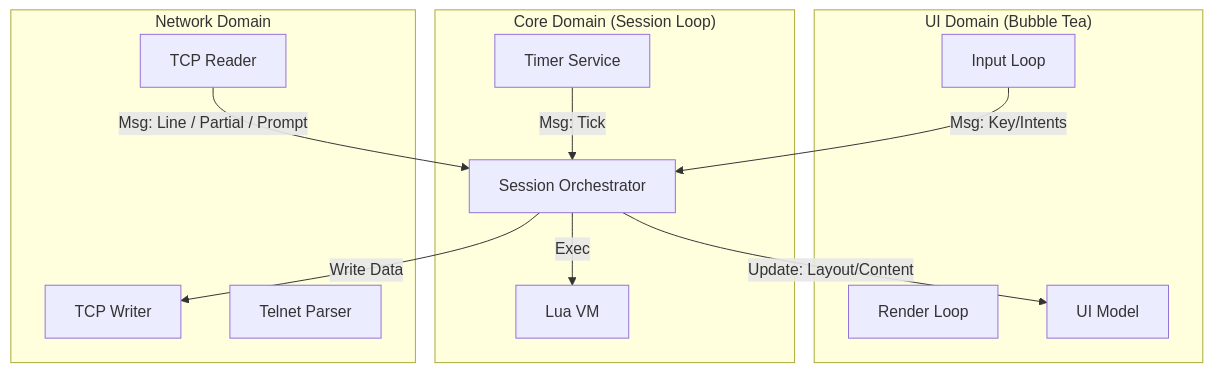
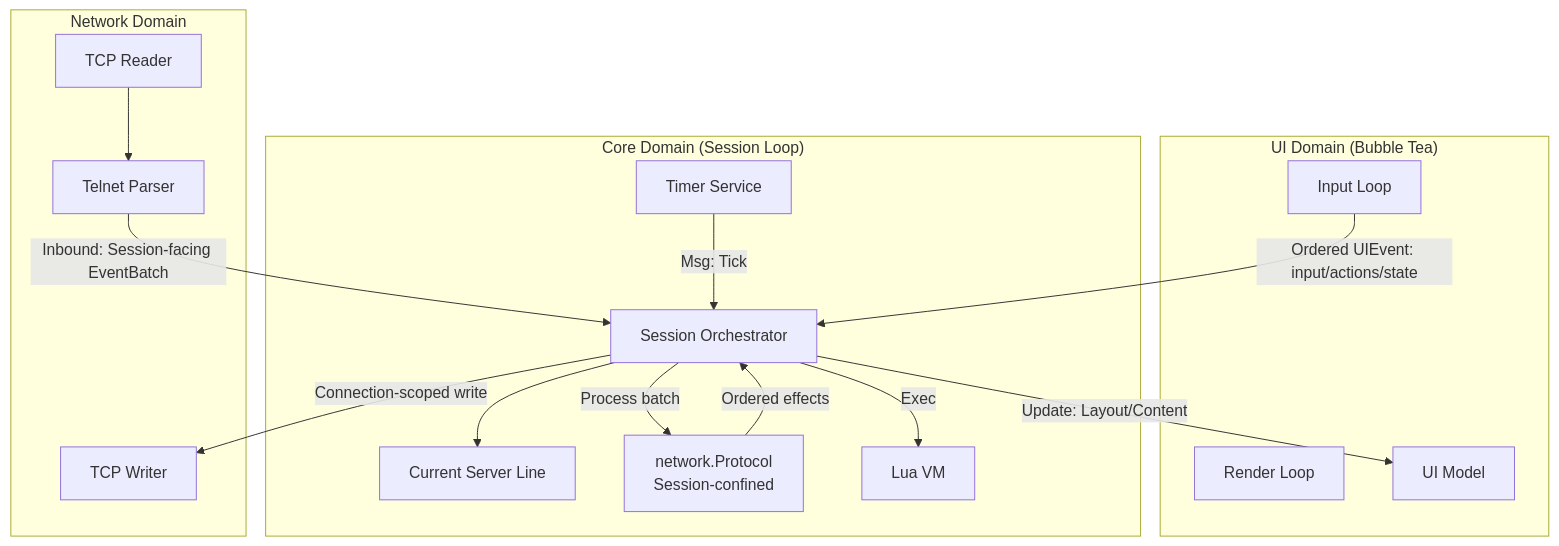
Before and after one commit to mmcdole/rune: the diagram in docs/architecture.md, drawn with Mermaid. The commit also changed other lines of this file and 62 other files, not shown here.

First line of the commit message:
refactor: centralize inbound processing in session

````diff
--- a/docs/architecture.md
+++ b/docs/architecture.md
@@ -19,29 +21,35 @@
 ```mermaid
 graph TD
     subgraph "UI Domain (Bubble Tea)"
         Input[Input Loop]
         Render[Render Loop]
         Model[UI Model]
     end
 
     subgraph "Core Domain (Session Loop)"
         Session[Session Orchestrator]
+        ServerLine[Current Server Line]
+        Protocol[network.Protocol<br/>Session-confined]
         Lua[Lua VM]
         Timer[Timer Service]
     end
 
     subgraph "Network Domain"
         NetRead[TCP Reader]
         NetWrite[TCP Writer]
         Parser[Telnet Parser]
     end
 
     %% Data Flow
-    Input -->|Msg: Key/Intents| Session
-    NetRead -->|Msg: Line / Partial / Prompt| Session
+    Input -->|Ordered UIEvent: input/actions/state| Session
+    NetRead --> Parser
+    Parser -->|Inbound: Session-facing EventBatch| Session
     Timer -->|Msg: Tick| Session
 
+    Session -->|Process batch| Protocol
+    Protocol -->|Ordered effects| Session
+    Session --> ServerLine
     Session -->|Update: Layout/Content| Model
-    Session -->|Write Data| NetWrite
+    Session -->|Connection-scoped write| NetWrite
     Session -->|Exec| Lua
 ```
````
